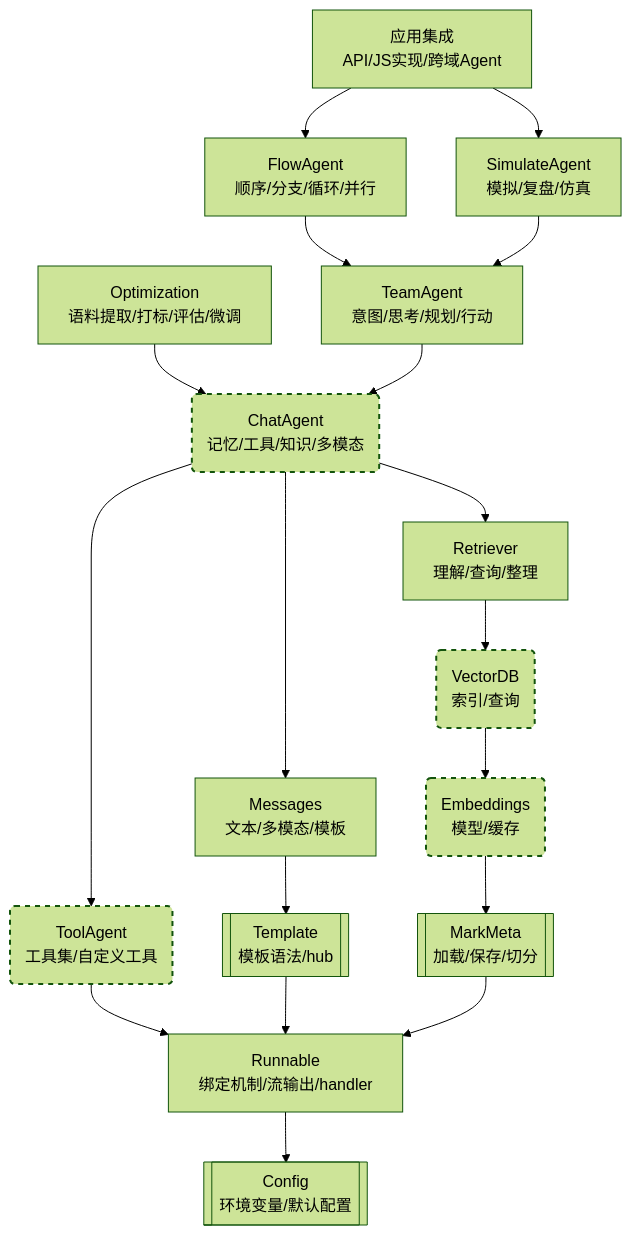
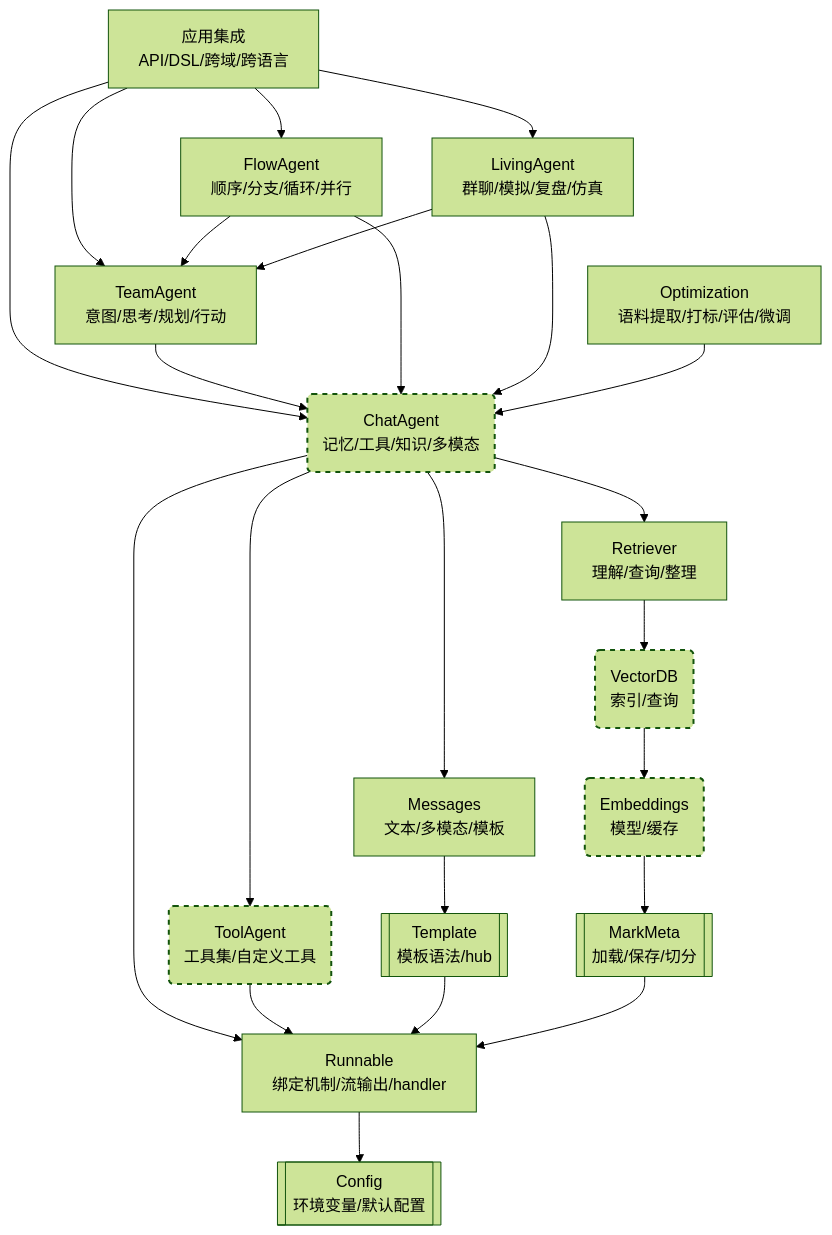
The first of 2 diagrams in notes/index.md (arcstep/illufly), drawn with Mermaid (forest theme) before and after one commit.

Commit message:
feat: 知识塔

````diff
--- a/notes/index.md
+++ b/notes/index.md
@@ -5,35 +5,39 @@
 ```mermaid
 graph TD
     Config[[Config<br>环境变量/默认配置]]
     Runnable[Runnable<br>绑定机制/流输出/handler]
 
-    Application[应用集成<br>API/JS实现/跨域Agent]
+    Application[应用集成<br>API/DSL/跨域/跨语言]
     Optimization[Optimization<br>语料提取/打标/评估/微调]
-    Simulate[SimulateAgent<br>模拟/复盘/仿真]
+    Living[LivingAgent<br>群聊/模拟/复盘/仿真]
     Flow[FlowAgent<br>顺序/分支/循环/并行]
 
     Team[TeamAgent<br>意图/思考/规划/行动]
     Agent(ChatAgent<br>记忆/工具/知识/多模态)
     ToolAgent(ToolAgent<br>工具集/自定义工具)
     Messages[Messages<br>文本/多模态/模板]
     Template[[Template<br>模板语法/hub]]
 
     MarkMeta[[MarkMeta<br>加载/保存/切分]]
     VectorDB(VectorDB<br>索引/查询)
     Emb(Embeddings<br>模型/缓存)
     Retriever[Retriever<br>理解/查询/整理]
 
+    Application --> Agent
+    Application --> Team
+    Application --> Flow --> Team --> Agent
+    Flow --> Agent
+    Application --> Living --> Team
+    Living --> Agent
     Optimization --> Agent
-    Application --> Flow --> Team --> Agent
-    Application --> Simulate --> Team
+    Agent --> Runnable --> Config
     Agent --> ToolAgent --> Runnable
     Agent --> Messages -->  Template --> Runnable
     Agent --> Retriever --> VectorDB --> Emb --> MarkMeta --> Runnable
-    Runnable --> Config
 
     style Agent stroke-width:2px,stroke-dasharray:5 5
     style ToolAgent stroke-width:2px,stroke-dasharray:5 5
     style VectorDB stroke-width:2px,stroke-dasharray:5 5
     style Emb stroke-width:2px,stroke-dasharray:5 5
 
 ```
````
